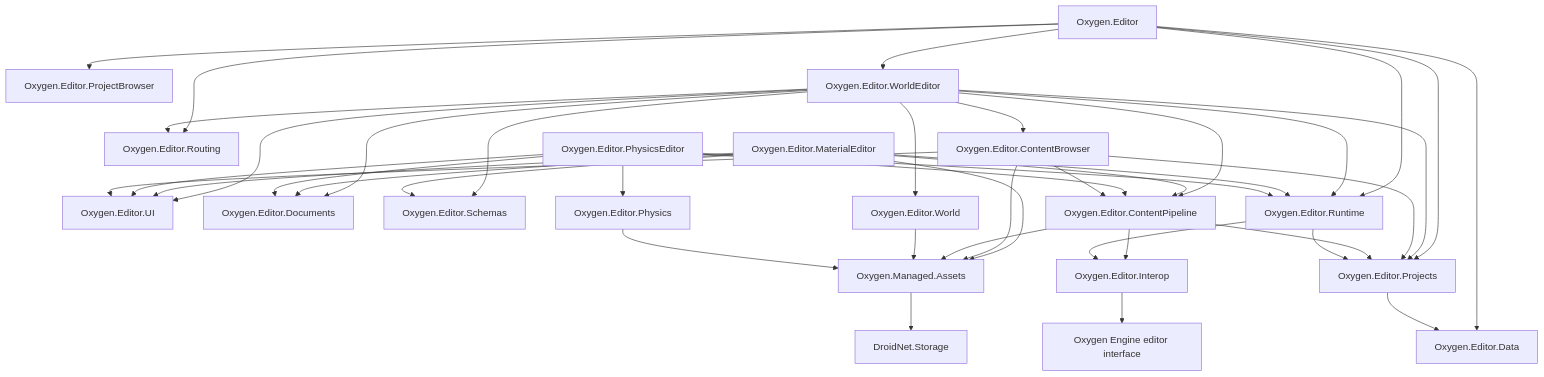
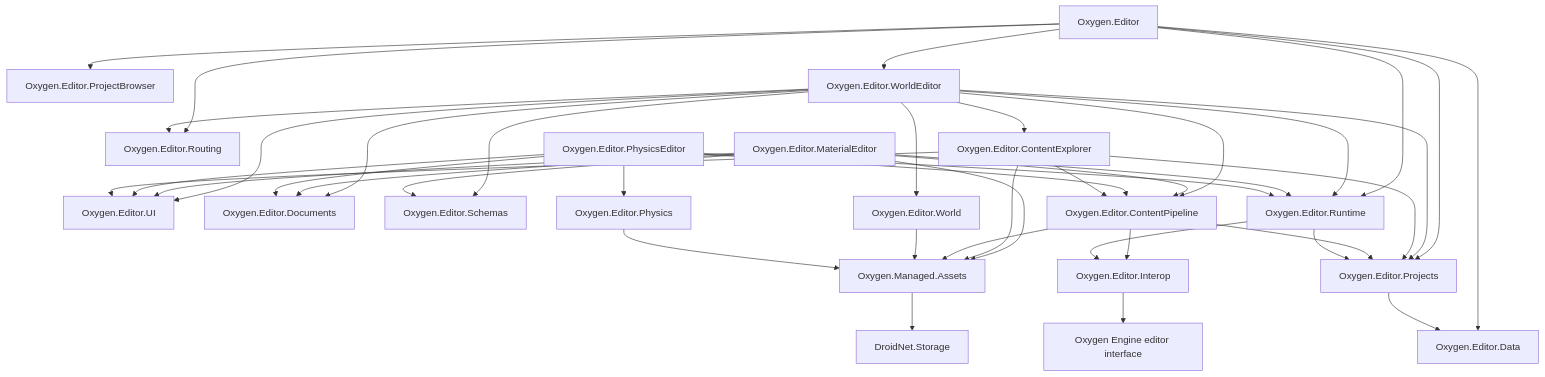
One commit to abdes/DroidNet changed the tenth of 10 diagrams in design/editor/ARCHITECTURE.md. Above: the diagram before and after it, drawn with Mermaid. The commit also changed other lines of this file and 335 other files, not shown here.

````diff
--- a/design/editor/ARCHITECTURE.md
+++ b/design/editor/ARCHITECTURE.md
@@ -1008,64 +1008,64 @@
 ```mermaid
 flowchart TB
     App[Oxygen.Editor]
     UI[Oxygen.Editor.UI]
     Routing[Oxygen.Editor.Routing]
     PB[Oxygen.Editor.ProjectBrowser]
     Docs[Oxygen.Editor.Documents]
     Schemas[Oxygen.Editor.Schemas]
     WorldEditor[Oxygen.Editor.WorldEditor]
     MaterialEditor[Oxygen.Editor.MaterialEditor]
     PhysicsEditor[Oxygen.Editor.PhysicsEditor]
-    ContentBrowser[Oxygen.Editor.ContentBrowser]
+    ContentExplorer[Oxygen.Editor.ContentExplorer]
     Projects[Oxygen.Editor.Projects]
     Pipeline[Oxygen.Editor.ContentPipeline]
     Runtime[Oxygen.Editor.Runtime]
     Interop[Oxygen.Editor.Interop]
     World[Oxygen.Editor.World]
     Physics[Oxygen.Editor.Physics]
     Data[Oxygen.Editor.Data]
     Assets[Oxygen.Managed.Assets]
     Storage[DroidNet.Storage]
     Engine[Oxygen Engine editor interface]
 
     App --> PB
     App --> WorldEditor
     App --> Projects
     App --> Runtime
     App --> Data
     App --> Routing
     WorldEditor --> UI
     WorldEditor --> Routing
     WorldEditor --> Docs
     WorldEditor --> Schemas
     WorldEditor --> World
-    WorldEditor --> ContentBrowser
+    WorldEditor --> ContentExplorer
     WorldEditor --> Projects
     WorldEditor --> Pipeline
     WorldEditor --> Runtime
     MaterialEditor --> UI
     MaterialEditor --> Docs
     MaterialEditor --> Schemas
     MaterialEditor --> Assets
     MaterialEditor --> Pipeline
     MaterialEditor --> Runtime
     PhysicsEditor --> UI
     PhysicsEditor --> Docs
     PhysicsEditor --> Physics
     PhysicsEditor --> Pipeline
     PhysicsEditor --> Runtime
-    ContentBrowser --> UI
-    ContentBrowser --> Assets
-    ContentBrowser --> Projects
-    ContentBrowser --> Pipeline
+    ContentExplorer --> UI
+    ContentExplorer --> Assets
+    ContentExplorer --> Projects
+    ContentExplorer --> Pipeline
     Pipeline --> Assets
     Pipeline --> Projects
     Pipeline --> Interop
     Runtime --> Interop
     Runtime --> Projects
     Interop --> Engine
     World --> Assets
     Physics --> Assets
     Assets --> Storage
     Projects --> Data
 ```
````
